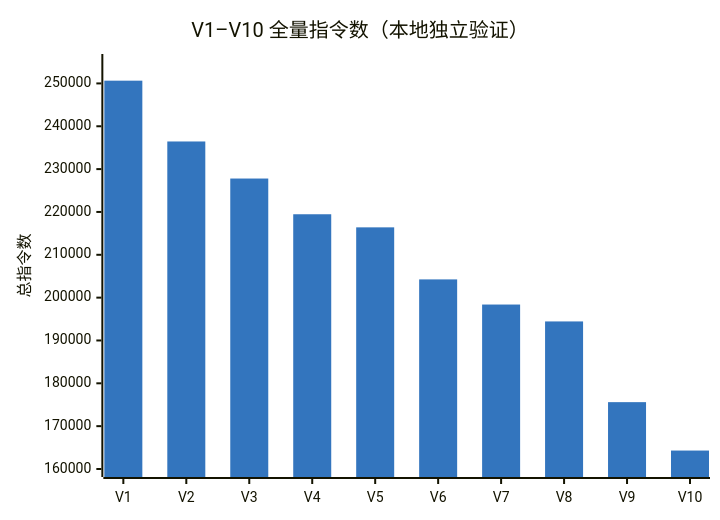
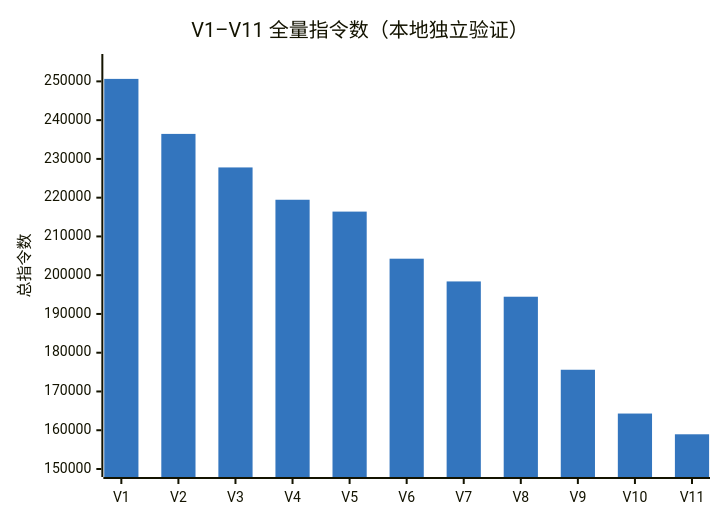
The diagram in competitions/santa-2026/docs/diagrams/version-scores.mmd (Leonardo-F/kaggle-lab), drawn with Mermaid before and after one commit. The commit also changed 77 other files, not shown here.

```diff
--- a/competitions/santa-2026/docs/diagrams/version-scores.mmd
+++ b/competitions/santa-2026/docs/diagrams/version-scores.mmd
@@ -1,8 +1,9 @@
 %%{init: {'theme':'base','themeVariables':{'xyChart':{'plotColorPalette':'#3375BE'}}}}%%
-%% version-scores.png 由本文件经 mermaid.ink 重新渲染，覆盖 V1–V10。
+%% version-scores.png 由本文件经 mermaid.ink 重新渲染，覆盖 V1–V11。
 %% 互动报告顶部的动态成绩曲线由 docs/reports/*.json 生成，与本图同源。
+%% V11（158,955）是冻结研究记录，报告支持但未附正式 CSV；其余版本有归档 CSV。
 xychart-beta
-    title "V1–V10 全量指令数（本地独立验证）"
-    x-axis ["V1", "V2", "V3", "V4", "V5", "V6", "V7", "V8", "V9", "V10"]
-    y-axis "总指令数" 160000 --> 255000
-    bar [250642, 236449, 227799, 219462, 216404, 204255, 198388, 194444, 175604, 164306]
+    title "V1–V11 全量指令数（本地独立验证）"
+    x-axis ["V1", "V2", "V3", "V4", "V5", "V6", "V7", "V8", "V9", "V10", "V11"]
+    y-axis "总指令数" 150000 --> 255000
+    bar [250642, 236449, 227799, 219462, 216404, 204255, 198388, 194444, 175604, 164306, 158955]
```
